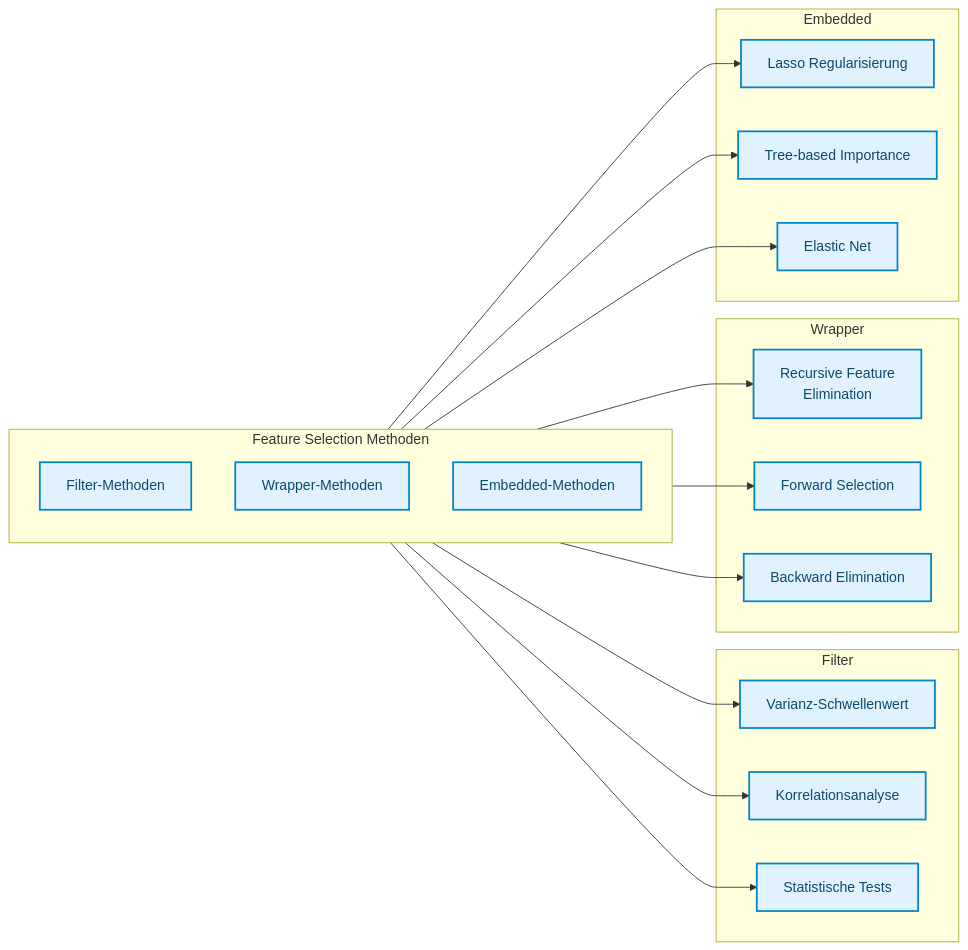
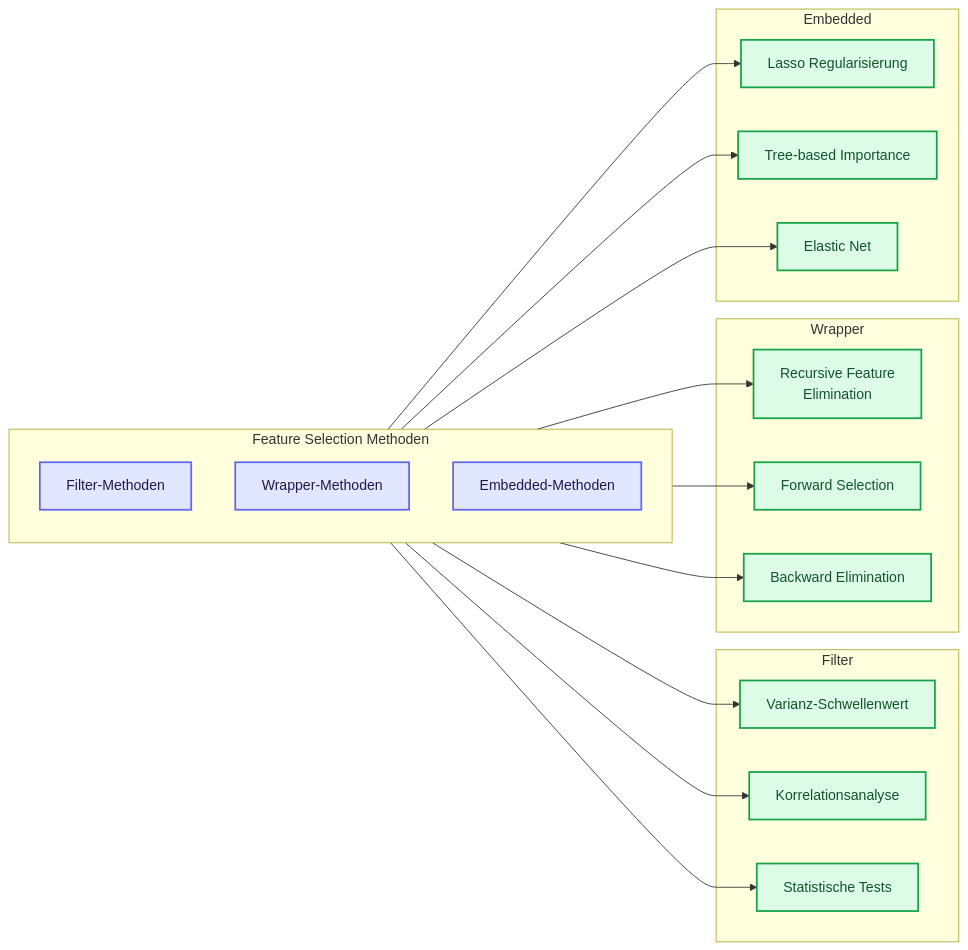
The second of 4 diagrams in docs/concepts/prepare/feature-engineering.md (ralf-42/ML_Intro), drawn with Mermaid before and after one commit. The commit also changed other lines of this file and 49 other files, not shown here.

````diff
--- a/docs/concepts/prepare/feature-engineering.md
+++ b/docs/concepts/prepare/feature-engineering.md
@@ -224,41 +229,46 @@
 ```mermaid
 flowchart LR
     subgraph Methods["Feature Selection Methoden"]
         direction TB
         A[Filter-Methoden]
         B[Wrapper-Methoden]
         C[Embedded-Methoden]
     end
     
     subgraph Filter["Filter"]
         A1[Varianz-Schwellenwert]
         A2[Korrelationsanalyse]
         A3[Statistische Tests]
     end
     
     subgraph Wrapper["Wrapper"]
         B1[Recursive Feature<br/>Elimination]
         B2[Forward Selection]
         B3[Backward Elimination]
     end
     
     subgraph Embedded["Embedded"]
         C1[Lasso Regularisierung]
         C2[Tree-based Importance]
         C3[Elastic Net]
     end
     
     A --> A1
     A --> A2
     A --> A3
     
     B --> B1
     B --> B2
     B --> B3
     
     C --> C1
     C --> C2
     C --> C3
 
     classDef default fill:#e0f2fe,stroke:#0284c7,stroke-width:2px,color:#0c4a6e;
+    classDef input fill:#e0e7ff,stroke:#6366f1,stroke-width:2px,color:#1e1b4b;
+    classDef output fill:#dcfce7,stroke:#16a34a,stroke-width:2px,color:#14532d;
+
+    class A,B,C input;
+    class A1,A2,A3,B1,B2,B3,C1,C2,C3 output;
 ```
````
